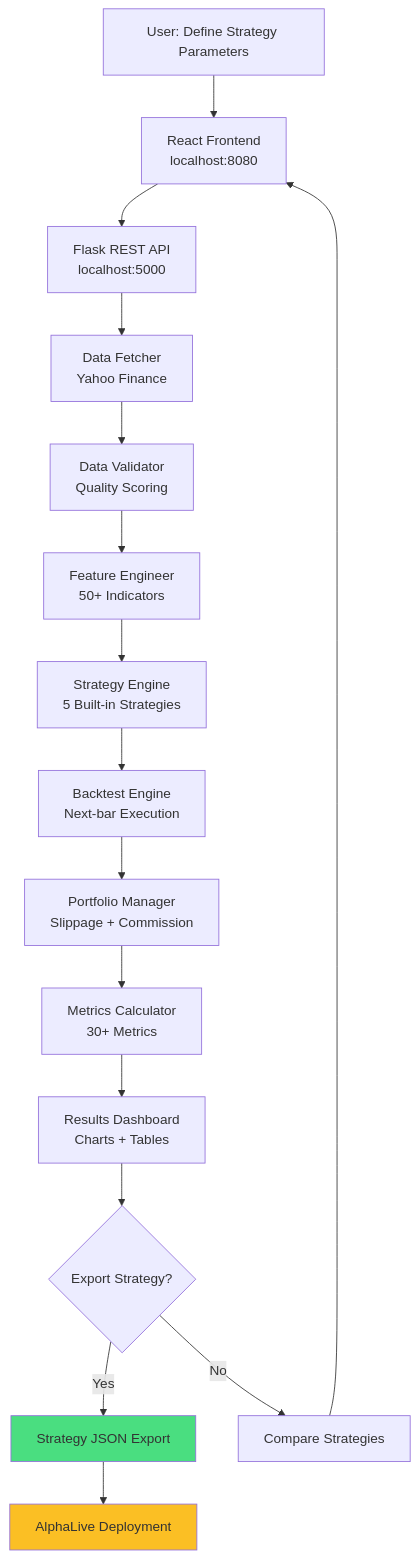
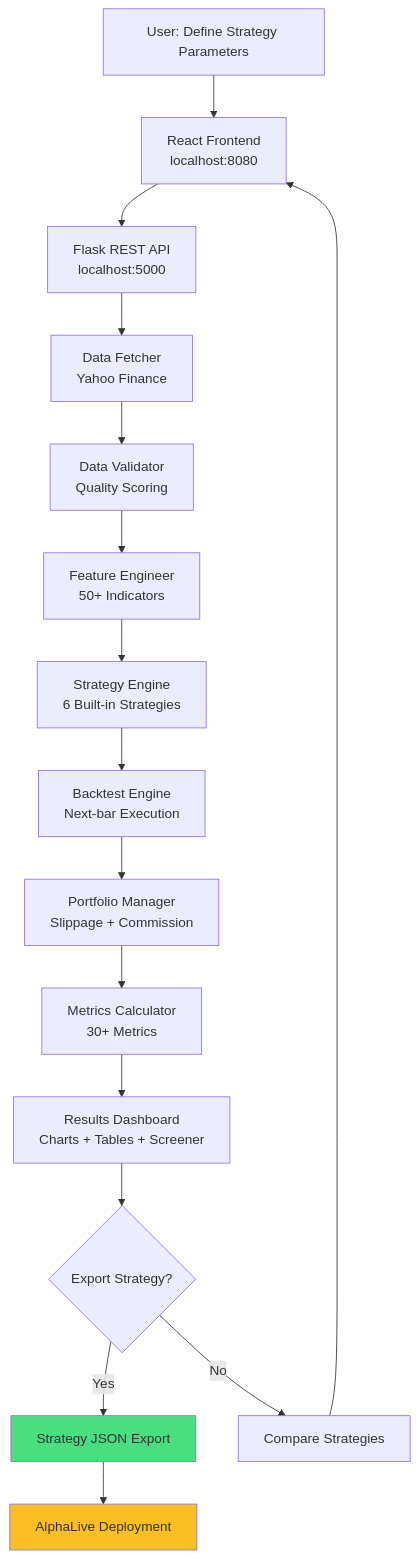
The diagram in README.md (bernardoguterres/AlphaLab), drawn with Mermaid before and after one commit. The commit also changed other lines of this file, not shown here.

Commit message:
docs: fix stale numbers in README (6 strategies, 233 tests, 14 endpoints)

````diff
--- a/README.md
+++ b/README.md
@@ -11,21 +11,21 @@
 ```mermaid
 flowchart TD
     A[User: Define Strategy Parameters] --> B[React Frontend<br/>localhost:8080]
     B --> C[Flask REST API<br/>localhost:5000]
     C --> D[Data Fetcher<br/>Yahoo Finance]
     D --> E[Data Validator<br/>Quality Scoring]
     E --> F[Feature Engineer<br/>50+ Indicators]
-    F --> G[Strategy Engine<br/>5 Built-in Strategies]
+    F --> G[Strategy Engine<br/>6 Built-in Strategies]
     G --> H[Backtest Engine<br/>Next-bar Execution]
     H --> I[Portfolio Manager<br/>Slippage + Commission]
     I --> J[Metrics Calculator<br/>30+ Metrics]
-    J --> K[Results Dashboard<br/>Charts + Tables]
+    J --> K[Results Dashboard<br/>Charts + Tables + Screener]
     K --> L{Export Strategy?}
     L -->|Yes| M[Strategy JSON Export]
     M --> N[AlphaLive Deployment]
     L -->|No| O[Compare Strategies]
     O --> B
     
     style M fill:#4ade80
     style N fill:#fbbf24
 ```
````
